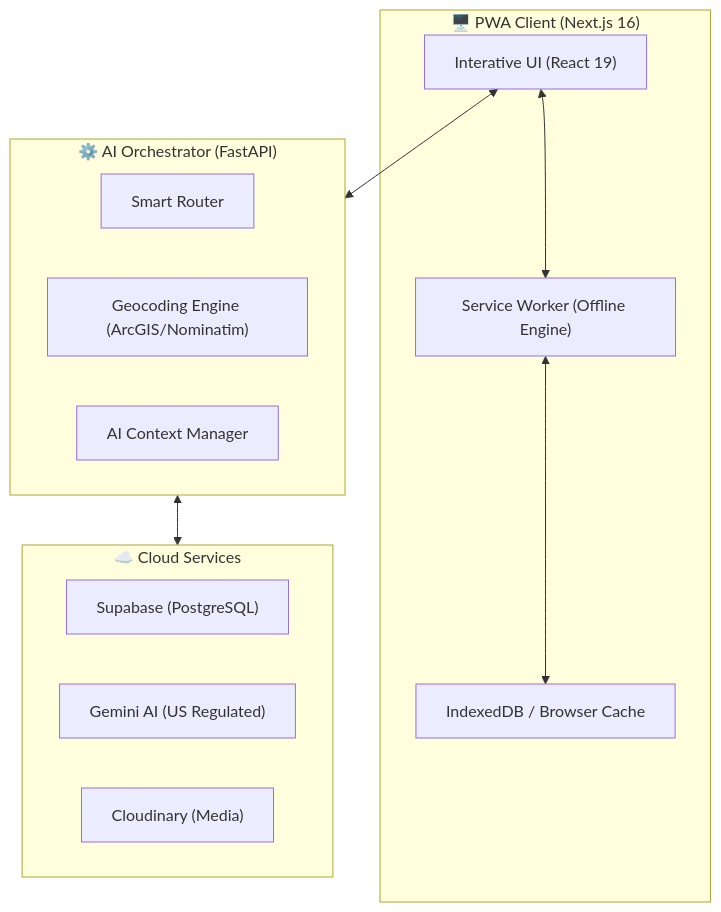
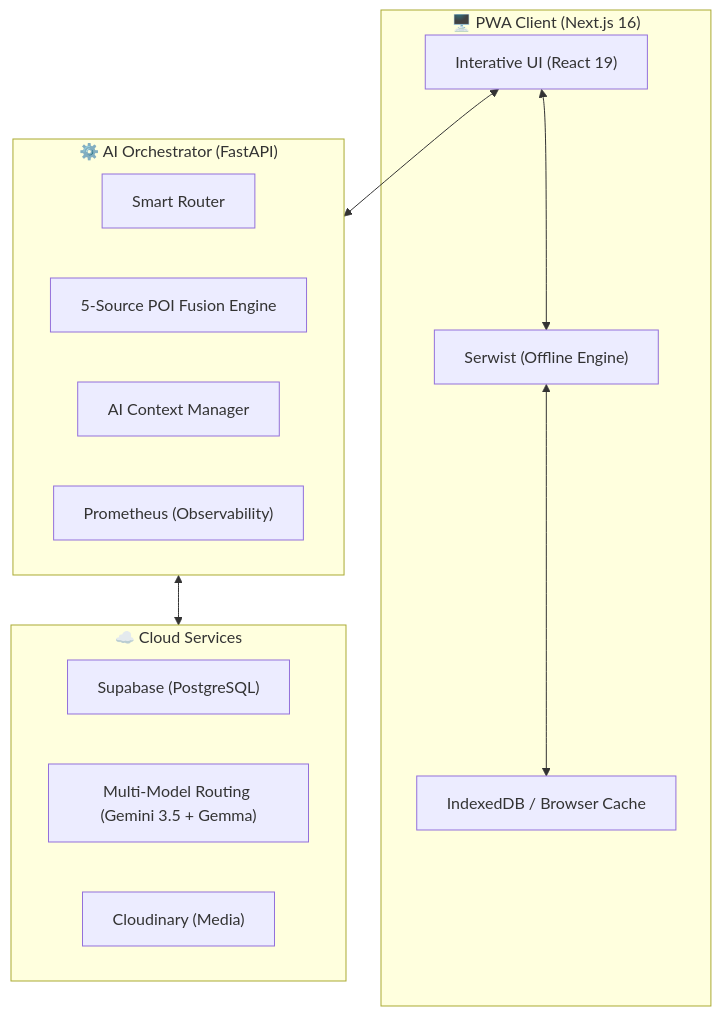
Before and after one commit to tyrantpiper/travel-pwa: the diagram in frontend/README.md, drawn with Mermaid. The commit also changed other lines of this file and 1 other file, not shown here.

````diff
--- a/frontend/README.md
+++ b/frontend/README.md
@@ -138,25 +151,26 @@
 ```mermaid
 graph TB
     subgraph Client["🖥️ PWA Client (Next.js 16)"]
         UI["Interative UI (React 19)"]
-        SW["Service Worker (Offline Engine)"]
+        SW["Serwist (Offline Engine)"]
         Cache["IndexedDB / Browser Cache"]
     end
     
     subgraph Backend["⚙️ AI Orchestrator (FastAPI)"]
         Router["Smart Router"]
-        Geo["Geocoding Engine (ArcGIS/Nominatim)"]
+        Geo["5-Source POI Fusion Engine"]
         Context["AI Context Manager"]
+        Metrics["Prometheus (Observability)"]
     end
     
     subgraph Cloud["☁️ Cloud Services"]
         DB["Supabase (PostgreSQL)"]
-        AI["Gemini AI (US Regulated)"]
+        AI["Multi-Model Routing (Gemini 3.5 + Gemma)"]
         CDN["Cloudinary (Media)"]
     end
     
     UI <--> Backend
     Backend <--> Cloud
     UI <--> SW
     SW <--> Cache
 ```
````
